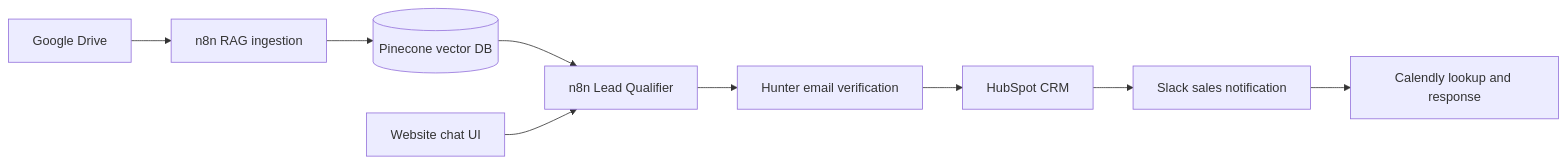
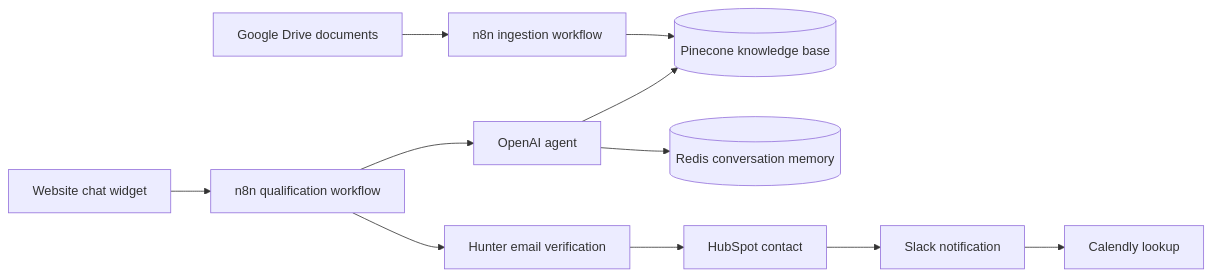
One commit to mariamneffeti/lead-qualifier changed the diagram in README.md. Above: the diagram before and after it, drawn with Mermaid. The commit also changed other lines of this file, not shown here.

````diff
--- a/README.md
+++ b/README.md
@@ -34,11 +24,13 @@
 ```mermaid
 flowchart LR
-    G[Google Drive] --> I[n8n RAG ingestion]
-    I --> V[(Pinecone vector DB)]
-    V --> Q[n8n Lead Qualifier]
-    C[Website chat UI] --> Q
-    Q --> H[Hunter email verification]
-    H --> CRM[HubSpot CRM]
-    CRM --> S[Slack sales notification]
-    S --> N[Calendly lookup and response]
+    D[Google Drive documents] --> R[n8n ingestion workflow]
+    R --> P[(Pinecone knowledge base)]
+    U[Website chat widget] --> W[n8n qualification workflow]
+    W --> A[OpenAI agent]
+    A --> P
+    A --> M[(Redis conversation memory)]
+    W --> H[Hunter email verification]
+    H --> C[HubSpot contact]
+    C --> S[Slack notification]
+    S --> L[Calendly lookup]
 ```
````
